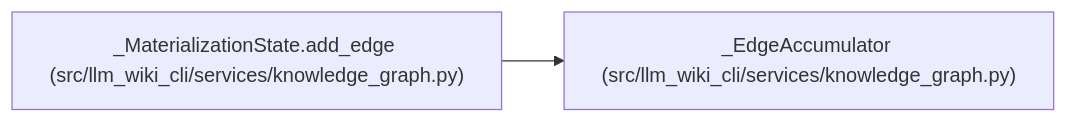
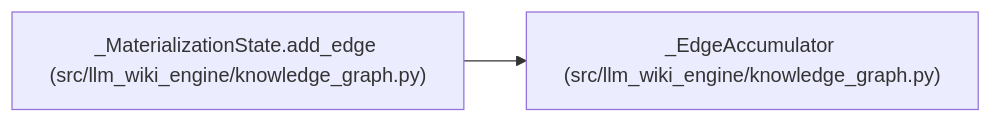
One commit to Denissvgn/python-wiki-llm changed the diagram in docs/llm_wiki/entities/EdgeAccumulator.md. Above: the diagram before and after it, drawn with Mermaid. The commit also changed other lines of this file and 1103 other files, not shown here.

First line of the commit message:
docs: refresh the wiki for the llm-wiki-engine distribution

````diff
--- a/docs/llm_wiki/entities/EdgeAccumulator.md
+++ b/docs/llm_wiki/entities/EdgeAccumulator.md
@@ -39,8 +39,8 @@
 ```mermaid
 flowchart LR
-    n0["_EdgeAccumulator (src/llm_wiki_cli/services/knowledge_graph.py)"]
-    n1["_MaterializationState.add_edge (src/llm_wiki_cli/services/knowledge_graph.py)"]
+    n0["_EdgeAccumulator (src/llm_wiki_engine/knowledge_graph.py)"]
+    n1["_MaterializationState.add_edge (src/llm_wiki_engine/knowledge_graph.py)"]
     n1 --> n0
     click n0 "../modules/knowledge_graph.md"
     click n1 "../modules/knowledge_graph.md"
 ```
````
